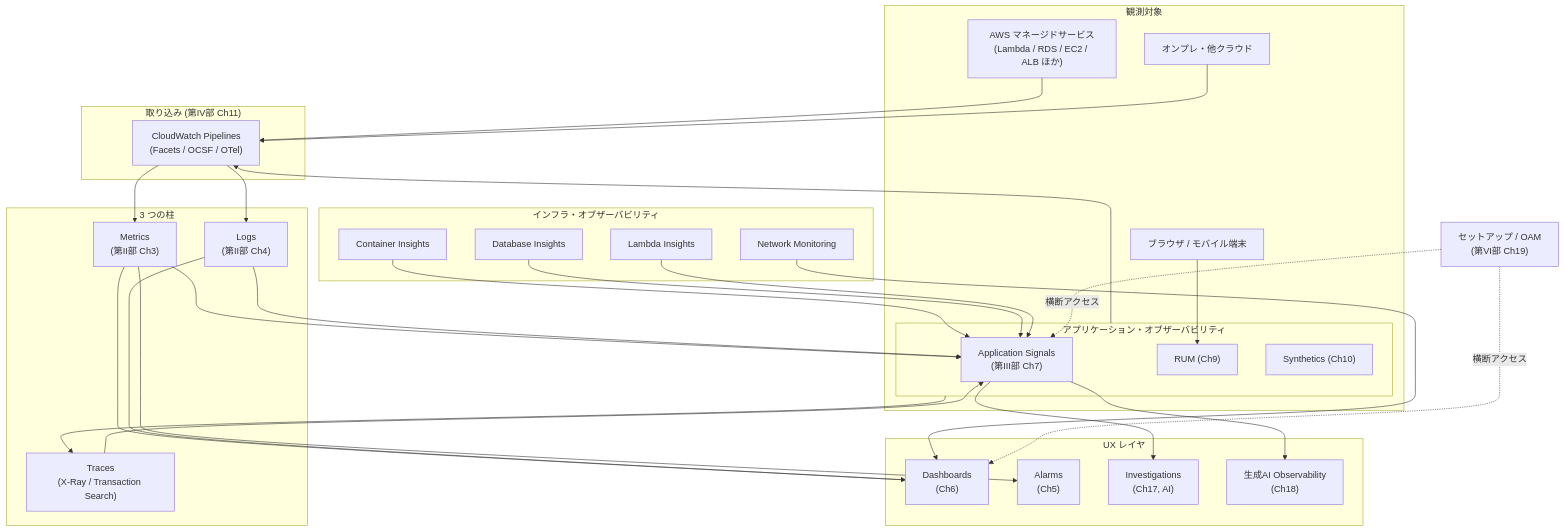
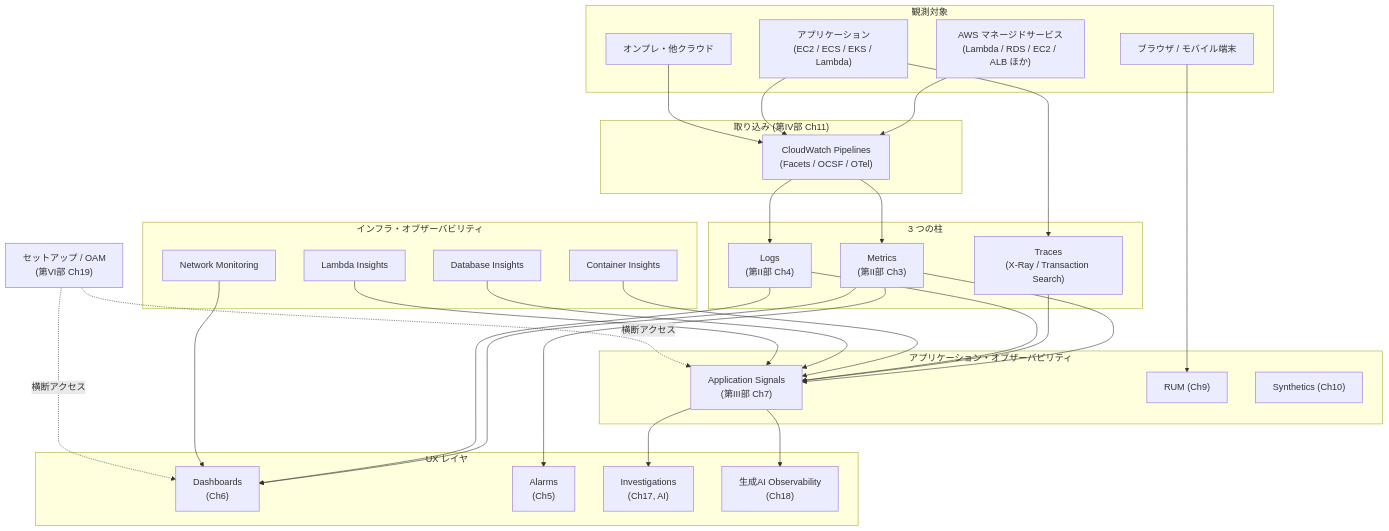
One commit to r-tamura/aws-cw-study changed the diagram in src/part1/01-overview.md. Above: the diagram before and after it, drawn with Mermaid. The commit also changed other lines of this file and 4 other files, not shown here.

````diff
--- a/src/part1/01-overview.md
+++ b/src/part1/01-overview.md
@@ -19,67 +19,67 @@
 ```mermaid
 flowchart TD
     subgraph Sources["観測対象"]
         AWS["AWS マネージドサービス<br/>(Lambda / RDS / EC2 / ALB ほか)"]
-        App["アプリケーション<br/>(EC2 / ECS / EKS / Lambda)"]
+        AppNode["アプリケーション<br/>(EC2 / ECS / EKS / Lambda)"]
         OnPrem["オンプレ・他クラウド"]
         Browser["ブラウザ / モバイル端末"]
     end
 
     subgraph Ingest["取り込み (第IV部 Ch11)"]
         Pipelines["CloudWatch Pipelines<br/>(Facets / OCSF / OTel)"]
     end
 
     subgraph Pillars["3 つの柱"]
         Metrics["Metrics<br/>(第II部 Ch3)"]
         Logs["Logs<br/>(第II部 Ch4)"]
         Traces["Traces<br/>(X-Ray / Transaction Search)"]
     end
 
-    subgraph App["アプリケーション・オブザーバビリティ"]
+    subgraph AppGroup["アプリケーション・オブザーバビリティ"]
         AppSig["Application Signals<br/>(第III部 Ch7)"]
         RUM["RUM (Ch9)"]
         Synth["Synthetics (Ch10)"]
     end
 
     subgraph Infra["インフラ・オブザーバビリティ"]
         Container["Container Insights"]
         DB["Database Insights"]
         Lambda["Lambda Insights"]
         Net["Network Monitoring"]
     end
 
     subgraph Surface["UX レイヤ"]
         Dash["Dashboards<br/>(Ch6)"]
         Alarm["Alarms<br/>(Ch5)"]
         Inv["Investigations<br/>(Ch17, AI)"]
         GenAI["生成AI Observability<br/>(Ch18)"]
     end
 
     Setup["セットアップ / OAM<br/>(第VI部 Ch19)"]
 
     AWS --> Pipelines
-    App --> Pipelines
+    AppNode --> Pipelines
     OnPrem --> Pipelines
     Browser --> RUM
 
     Pipelines --> Metrics
     Pipelines --> Logs
-    App --> Traces
+    AppNode --> Traces
 
     Metrics --> AppSig
     Traces --> AppSig
     Logs --> AppSig
     AppSig --> Inv
     AppSig --> GenAI
     Container --> AppSig
     DB --> AppSig
     Lambda --> AppSig
 
     Metrics --> Dash
     Metrics --> Alarm
     Logs --> Dash
     Net --> Dash
 
     Setup -.横断アクセス.-> Dash
     Setup -.横断アクセス.-> AppSig
 ```
````
